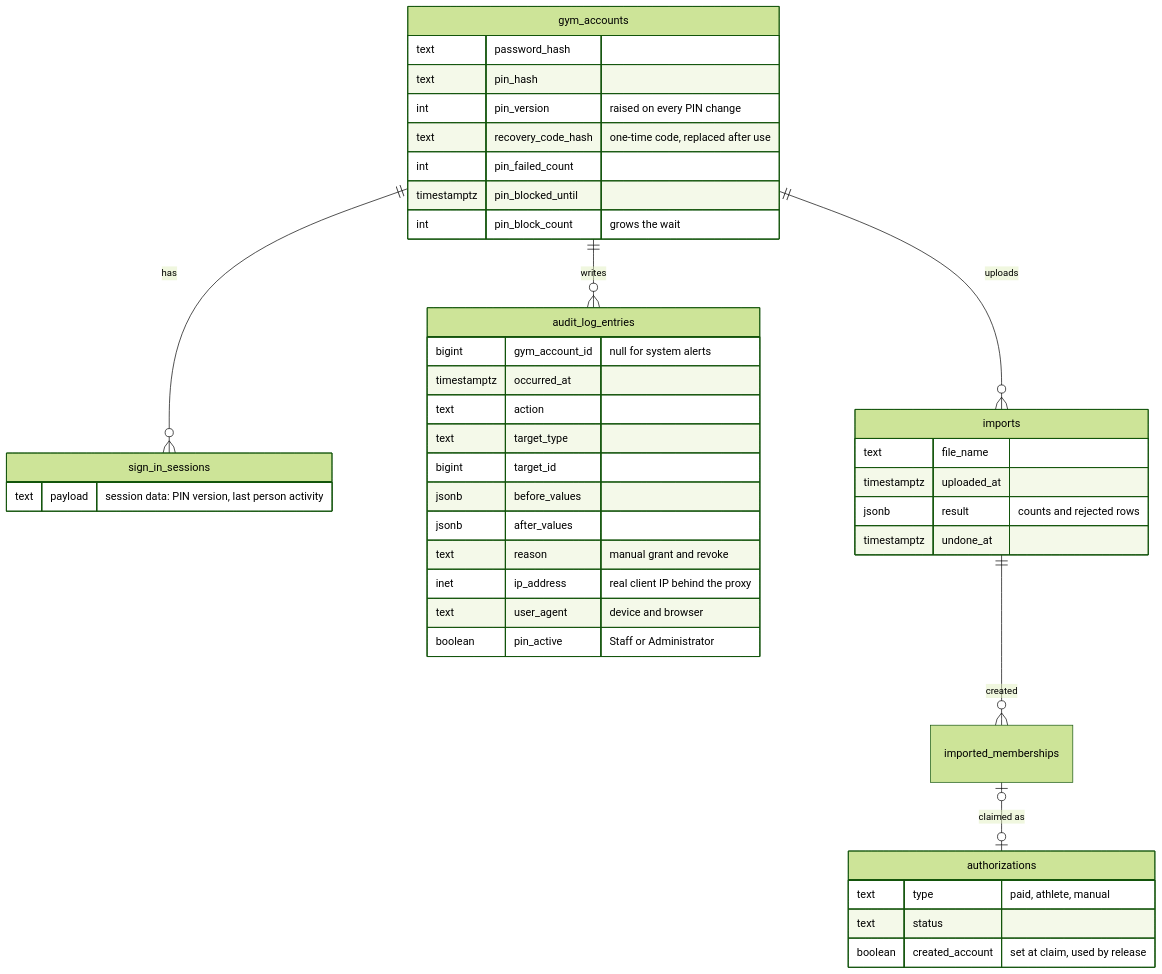
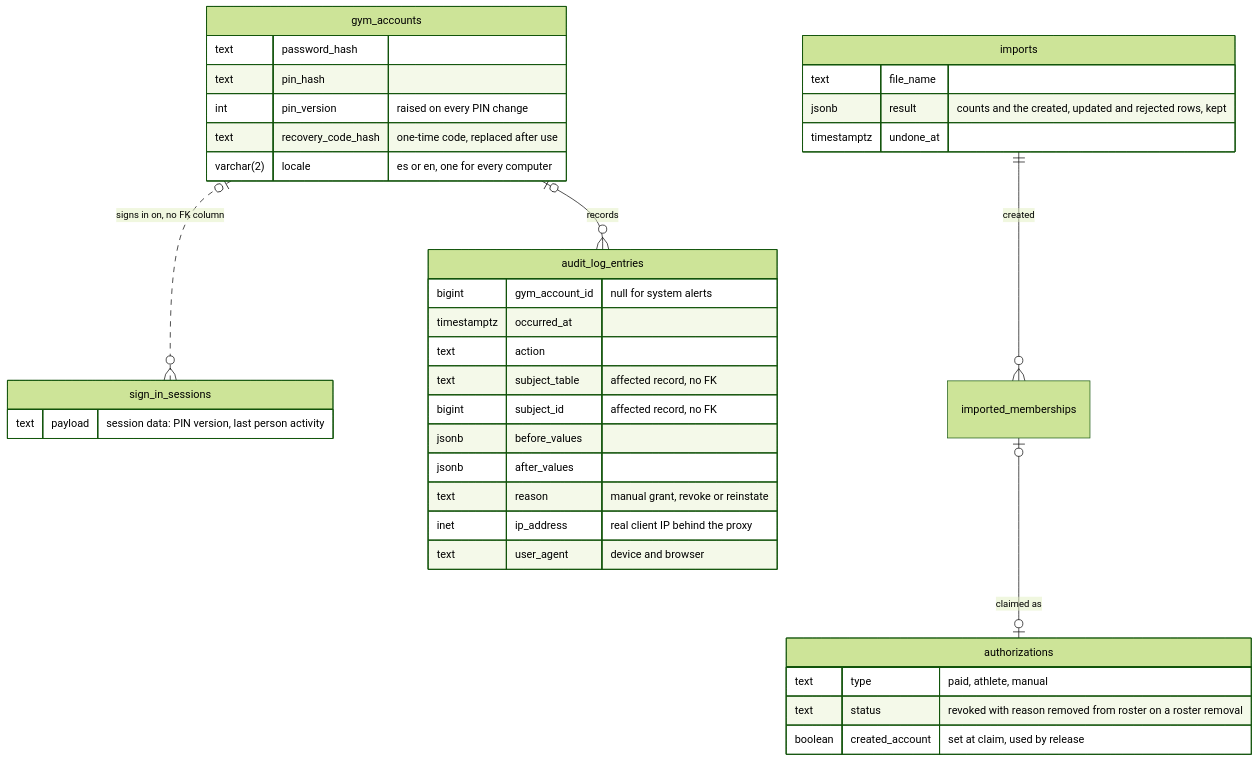
Before and after one commit to Th3-Minorities/natatorio-gym-app: diagram 17 of 17 in docs/design/admin-flows.md, drawn with Mermaid (forest theme). The commit also changed other lines of this file, not shown here.

Commit message:
Apply the design review decisions to the administration flows

````diff
--- a/docs/design/admin-flows.md
+++ b/docs/design/admin-flows.md
@@ -446,44 +480,39 @@
 ```mermaid
 erDiagram
-  gym_accounts ||--o{ sign_in_sessions : "has"
-  gym_accounts ||--o{ audit_log_entries : "writes"
-  gym_accounts ||--o{ imports : "uploads"
+  gym_accounts |o..o{ sign_in_sessions : "signs in on, no FK column"
+  gym_accounts |o--o{ audit_log_entries : "records"
   imports ||--o{ imported_memberships : "created"
   imported_memberships |o--o| authorizations : "claimed as"
   gym_accounts {
     text password_hash
     text pin_hash
     int pin_version "raised on every PIN change"
     text recovery_code_hash "one-time code, replaced after use"
-    int pin_failed_count
-    timestamptz pin_blocked_until
-    int pin_block_count "grows the wait"
+    varchar(2) locale "es or en, one for every computer"
   }
   sign_in_sessions {
     text payload "session data: PIN version, last person activity"
   }
   imports {
     text file_name
-    timestamptz uploaded_at
-    jsonb result "counts and rejected rows"
+    jsonb result "counts and the created, updated and rejected rows, kept"
     timestamptz undone_at
   }
   audit_log_entries {
     bigint gym_account_id "null for system alerts"
     timestamptz occurred_at
     text action
-    text target_type
-    bigint target_id
+    text subject_table "affected record, no FK"
+    bigint subject_id "affected record, no FK"
     jsonb before_values
     jsonb after_values
-    text reason "manual grant and revoke"
+    text reason "manual grant, revoke or reinstate"
     inet ip_address "real client IP behind the proxy"
     text user_agent "device and browser"
-    boolean pin_active "Staff or Administrator"
   }
   authorizations {
     text type "paid, athlete, manual"
-    text status
+    text status "revoked with reason removed from roster on a roster removal"
     boolean created_account "set at claim, used by release"
   }
 ```
````
